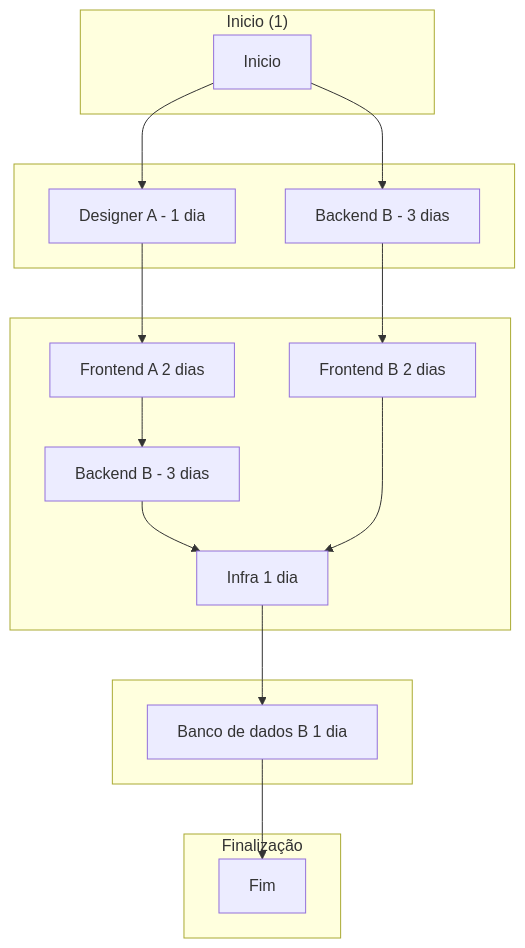
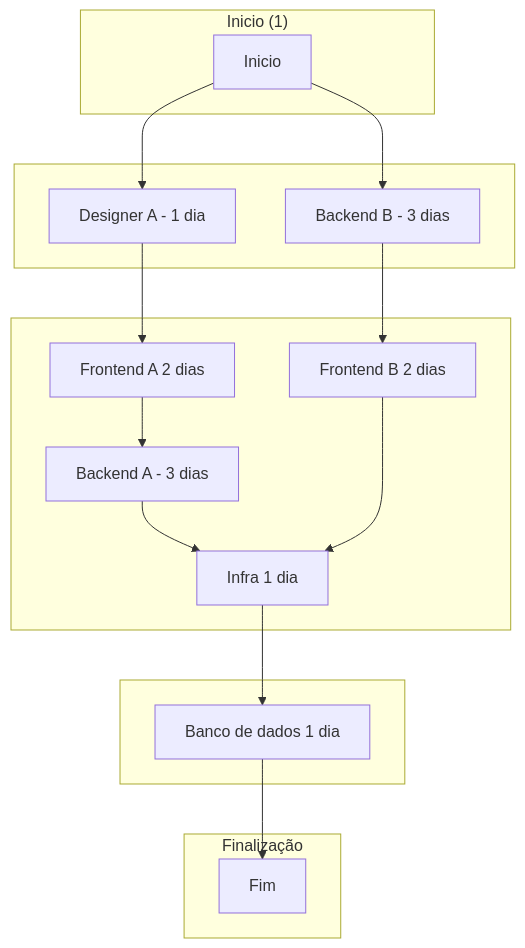
Before and after one commit to rafaelrvs/Diagrama-de-classe-umc: the third of 3 diagrams in README.md, drawn with Mermaid.

````diff
--- a/README.md
+++ b/README.md
@@ -84,50 +84,50 @@
 ```mermaid
 graph TD;
     subgraph "Inicio (1)"
         A[Inicio]
  
     end
 
     subgraph "  "
         B[Designer A - 1 dia ]
         C[Backend  B - 3 dias]
     end
 
     subgraph " "
         D[Frontend  A 2 dias ]
      
         G[Infra 1 dia]
         H[Frontend  B 2 dias ]
-        K[Backend  B - 3 dias]
+        K[Backend  A - 3 dias]
     
     end
 
 
 
     subgraph " "
-       I[Banco de dados B 1 dia ]
+       I[Banco de dados  1 dia ]
     
     end
     subgraph "Finalização"
         J[Fim]
     
     end
 
     A --> B
     A --> C
     B --> D
      D --> K
     G --> I
 K --> G
     C --> H
     I --> J
     H --> G
     
 
  
 
   
  
 
 
 ```
````
